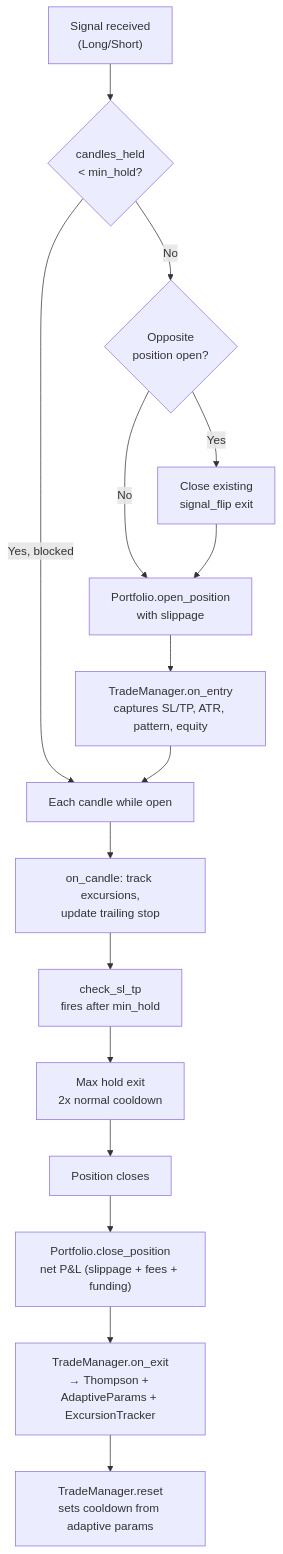
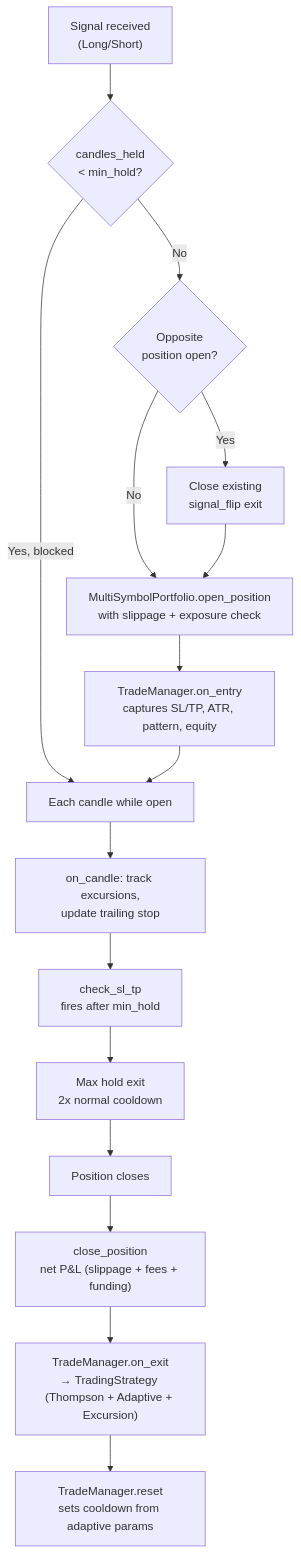
One commit to krejcif/rdex changed the second of 2 diagrams in docs/06-backtest-engine.md. Above: the diagram before and after it, drawn with Mermaid. The commit also changed other lines of this file and 13 other files, not shown here.

First line of the commit message:
TradingStrategy trait, margin safety, cache/fetch optimizations, docs overhaul

````diff
--- a/docs/06-backtest-engine.md
+++ b/docs/06-backtest-engine.md
@@ -54,20 +86,20 @@
 ```mermaid
 graph TD
     Signal["Signal received<br/>(Long/Short)"] --> MinHold{candles_held<br/>< min_hold?}
     MinHold -->|Yes, blocked| Loop
     MinHold -->|No| Flip{Opposite<br/>position open?}
     Flip -->|Yes| Close1[Close existing<br/>signal_flip exit]
     Flip -->|No| Open
-    Close1 --> Open[Portfolio.open_position<br/>with slippage]
+    Close1 --> Open[MultiSymbolPortfolio.open_position<br/>with slippage + exposure check]
     Open --> Entry[TradeManager.on_entry<br/>captures SL/TP, ATR, pattern, equity]
 
     Entry --> Loop["Each candle while open"]
     Loop --> Excursion[on_candle: track excursions,<br/>update trailing stop]
     Excursion --> CheckSL[check_sl_tp<br/>fires after min_hold]
     CheckSL --> MaxHold[Max hold exit<br/>2x normal cooldown]
 
     MaxHold --> ClosePos[Position closes]
-    ClosePos --> PnL["Portfolio.close_position<br/>net P&L (slippage + fees + funding)"]
-    PnL --> Record["TradeManager.on_exit<br/>→ Thompson + AdaptiveParams + ExcursionTracker"]
+    ClosePos --> PnL["close_position<br/>net P&L (slippage + fees + funding)"]
+    PnL --> Record["TradeManager.on_exit<br/>→ TradingStrategy (Thompson + Adaptive + Excursion)"]
     Record --> Cooldown[TradeManager.reset<br/>sets cooldown from adaptive params]
 ```
````
